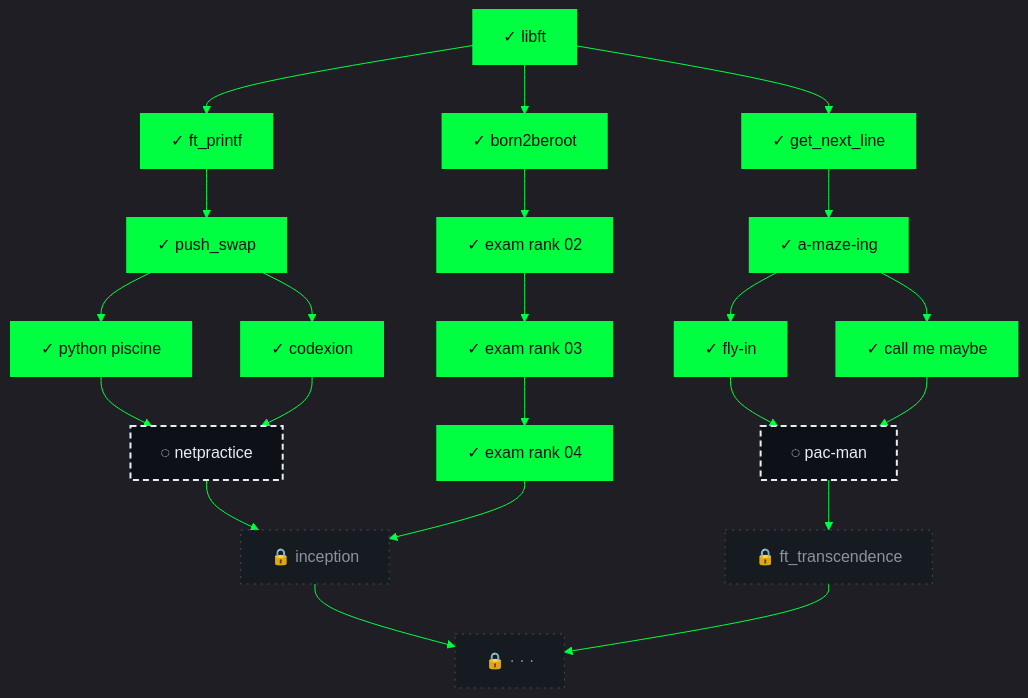
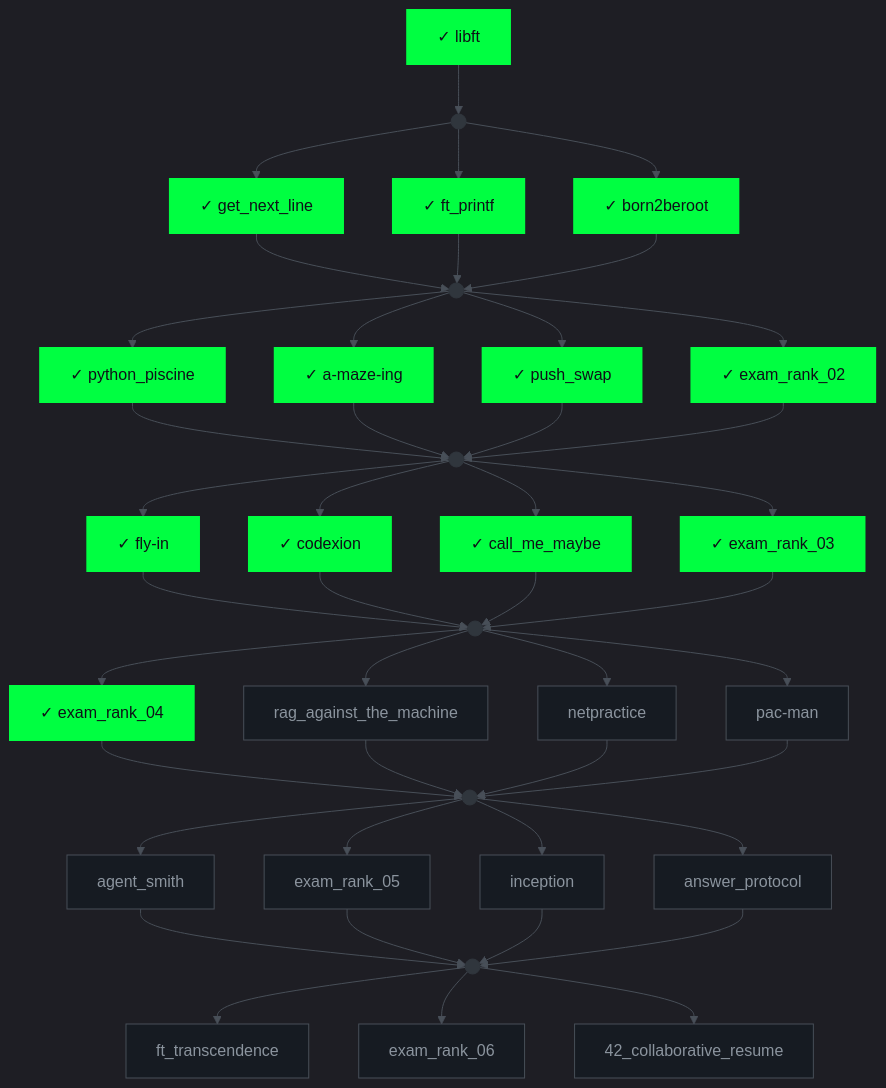
The diagram in README.md (0hmza/0hmza), drawn with Mermaid before and after one commit. The commit also changed other lines of this file, not shown here.

````diff
--- a/README.md
+++ b/README.md
@@ -107,35 +52,60 @@
 ```mermaid
-%%{init: {'theme':'dark','themeVariables':{'primaryColor':'#0D1117','primaryTextColor':'#C9D1D9','primaryBorderColor':'#30363D','lineColor':'#00FF41','fontFamily':'monospace','fontSize':'16px'}}}%%
+%%{init: {'theme':'dark','themeVariables':{'primaryColor':'#0D1117','primaryTextColor':'#C9D1D9','primaryBorderColor':'#30363D','lineColor':'#484F58','fontFamily':'monospace','fontSize':'16px'}}}%%
 graph TD
-    LIB["✓ libft"]:::done
+    LIB["✓ libft"]:::done --> G0((" ")):::gate
+    G0 --> GNL["✓ get_next_line"]:::done
+    G0 --> FP["✓ ft_printf"]:::done
+    G0 --> B2B["✓ born2beroot"]:::done
 
-    LIB --> FP["✓ ft_printf"]:::done
-    LIB --> GNL["✓ get_next_line"]:::done
-    LIB --> B2B["✓ born2beroot"]:::done
+    GNL --> G1((" ")):::gate
+    FP --> G1
+    B2B --> G1
 
-    FP  --> PS["✓ push_swap"]:::done
-    GNL --> AM["✓ a-maze-ing"]:::done
-    B2B --> E2["✓ exam rank 02"]:::done
+    G1 --> PY["✓ python_piscine"]:::done
+    G1 --> AM["✓ a-maze-ing"]:::done
+    G1 --> PS["✓ push_swap"]:::done
+    G1 --> E2["✓ exam_rank_02"]:::done
 
-    PS --> PY["✓ python piscine"]:::done
-    PS --> CX["✓ codexion"]:::done
-    AM --> FI["✓ fly-in"]:::done
-    AM --> CMM["✓ call me maybe"]:::done
-    E2 --> E3["✓ exam rank 03"]:::done
+    PY --> G2((" ")):::gate
+    AM --> G2
+    PS --> G2
+    E2 --> G2
 
-    E3  --> E4["✓ exam rank 04"]:::done
-    PY  --> NP["◌ netpractice"]:::doing
-    CX  --> NP
-    FI  --> PM["◌ pac-man"]:::doing
-    CMM --> PM
+    G2 --> FI["✓ fly-in"]:::done
+    G2 --> CX["✓ codexion"]:::done
+    G2 --> CMM["✓ call_me_maybe"]:::done
+    G2 --> E3["✓ exam_rank_03"]:::done
 
-    NP --> INC["🔒 inception"]:::locked
-    PM --> FT["🔒 ft_transcendence"]:::locked
-    E4 --> INC
-    INC --> MORE["🔒 · · ·"]:::locked
-    FT  --> MORE
+    FI --> G3((" ")):::gate
+    CX --> G3
+    CMM --> G3
+    E3 --> G3
+
+    G3 --> E4["✓ exam_rank_04"]:::done
+    G3 --> RAG["rag_against_the_machine"]:::todo
+    G3 --> NP["netpractice"]:::todo
+    G3 --> PM["pac-man"]:::todo
+
+    E4 --> G4((" ")):::gate
+    RAG --> G4
+    NP --> G4
+    PM --> G4
+
+    G4 --> AS["agent_smith"]:::todo
+    G4 --> E5["exam_rank_05"]:::todo
+    G4 --> INC["inception"]:::todo
+    G4 --> AP["answer_protocol"]:::todo
+
+    AS --> G5((" ")):::gate
+    E5 --> G5
+    INC --> G5
+    AP --> G5
+
+    G5 --> FT["ft_transcendence"]:::todo
+    G5 --> E6["exam_rank_06"]:::todo
+    G5 --> CR["42_collaborative_resume"]:::todo
 
     classDef done fill:#00FF41,stroke:#00FF41,color:#0D1117,stroke-width:2px
-    classDef doing fill:#0D1117,stroke:#E6EDF3,color:#E6EDF3,stroke-width:2px,stroke-dasharray:6 4
-    classDef locked fill:#161B22,stroke:#484F58,color:#8B949E,stroke-dasharray:2 5
+    classDef todo fill:#161B22,stroke:#484F58,color:#8B949E
+    classDef gate fill:#30363D,stroke:#30363D,color:#30363D
 ```
````
